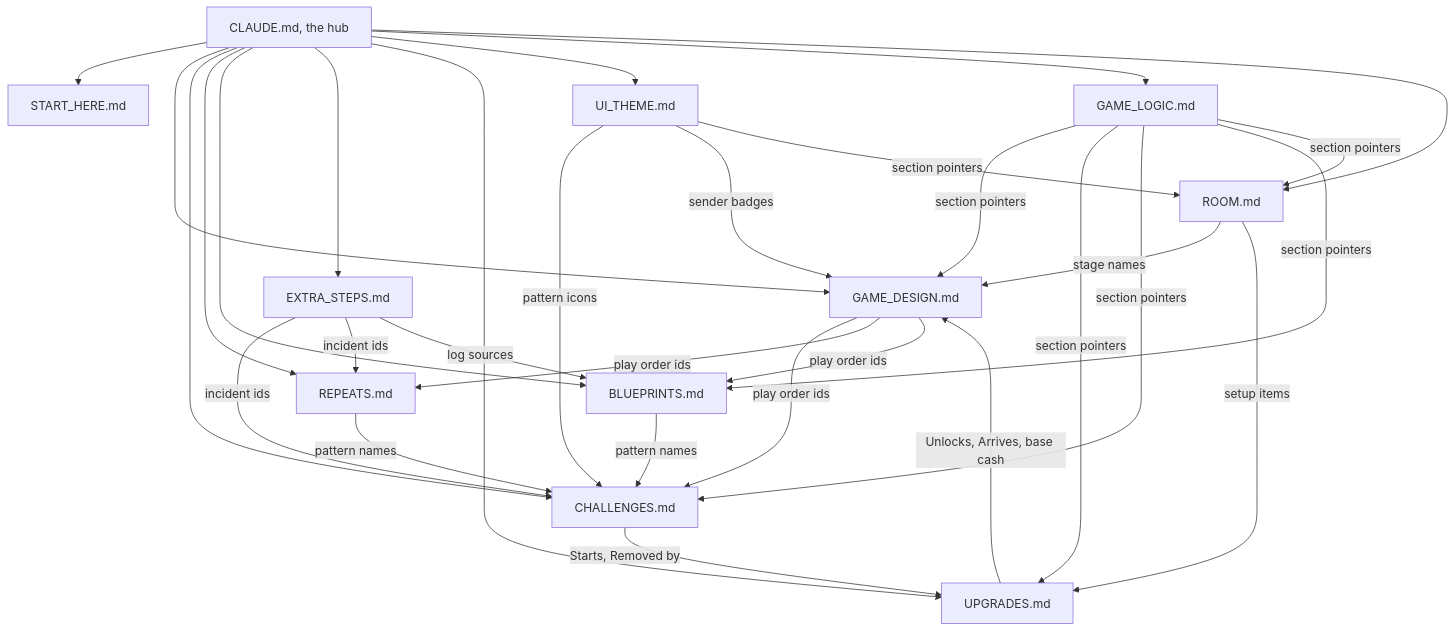
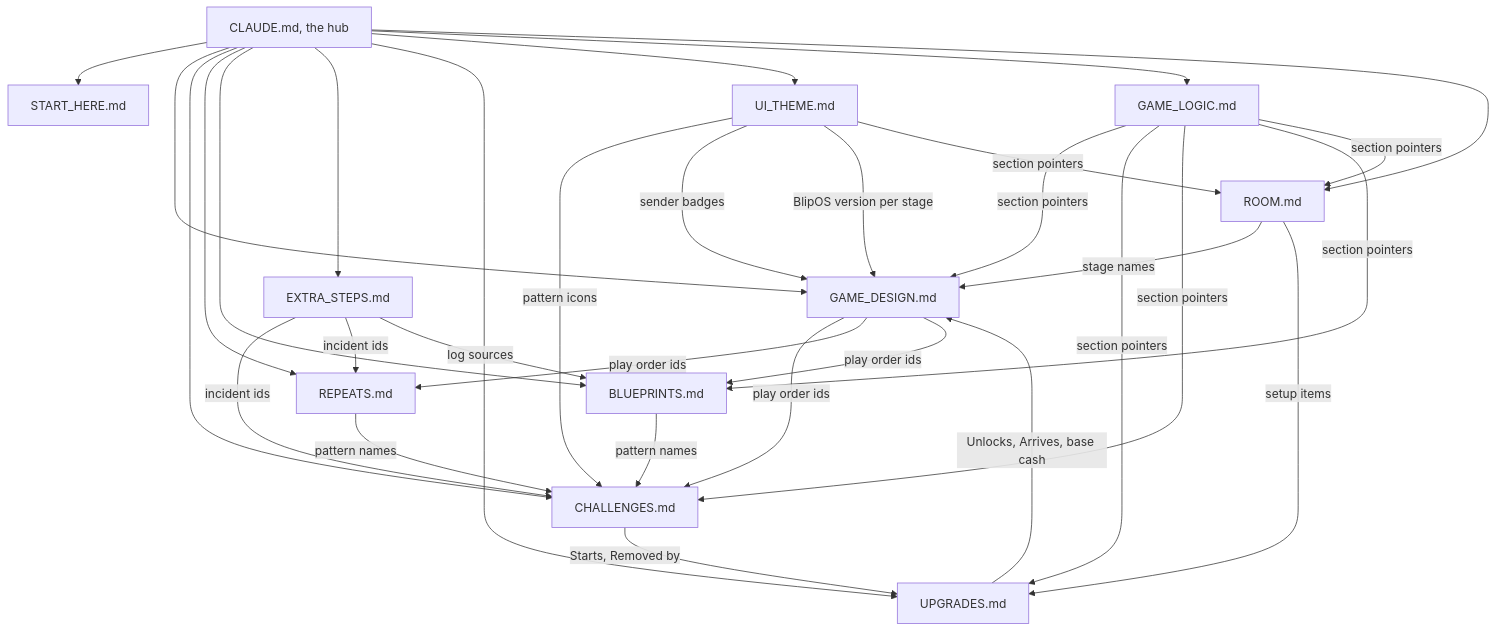
Before and after one commit to Simbax12/SAAS-tycoon-: the diagram in CLAUDE.md, drawn with Mermaid. The commit also changed other lines of this file and 4 other files, not shown here.

First line of the commit message:
BlipOS upgrades with each stage: five versions from 1995 to today

````diff
--- a/CLAUDE.md
+++ b/CLAUDE.md
@@ -30,44 +30,45 @@
 ```mermaid
 flowchart TD
   HUB["CLAUDE.md, the hub"]
   SH["START_HERE.md"]
   GD["GAME_DESIGN.md"]
   CH["CHALLENGES.md"]
   RP["REPEATS.md"]
   BP["BLUEPRINTS.md"]
   ES["EXTRA_STEPS.md"]
   UP["UPGRADES.md"]
   UI["UI_THEME.md"]
   GL["GAME_LOGIC.md"]
   RM["ROOM.md"]
   HUB --> SH
   HUB --> GD
   HUB --> CH
   HUB --> RP
   HUB --> BP
   HUB --> ES
   HUB --> UP
   HUB --> UI
   HUB --> GL
   HUB --> RM
   GD -->|play order ids| CH
   GD -->|play order ids| RP
   GD -->|play order ids| BP
   BP -->|pattern names| CH
   ES -->|incident ids| CH
   ES -->|incident ids| RP
   ES -->|log sources| BP
   CH -->|Starts, Removed by| UP
   UP -->|Unlocks, Arrives, base cash| GD
   RP -->|pattern names| CH
   UI -->|pattern icons| CH
   UI -->|sender badges| GD
   GL -->|section pointers| GD
   GL -->|section pointers| UP
   GL -->|section pointers| CH
   GL -->|section pointers| BP
   GL -->|section pointers| RM
   RM -->|stage names| GD
+  UI -->|BlipOS version per stage| GD
   RM -->|setup items| UP
   UI -->|section pointers| RM
 ```
````
